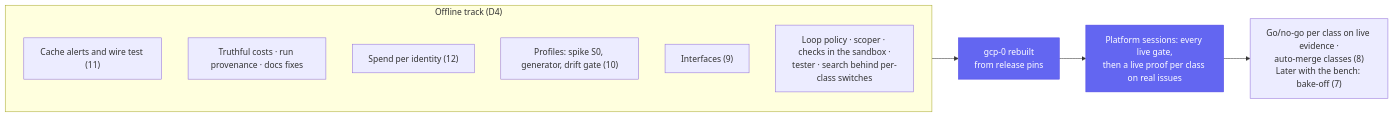
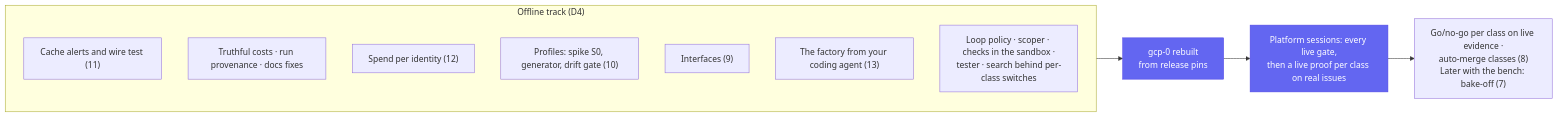
Before and after one commit to Smana/ai-native-ref: the second of 2 diagrams in docs/superpowers/specs/2026-10-19-v3-roadmap-design.md, drawn with Mermaid. The commit also changed other lines of this file and 2 other files, not shown here.

First line of the commit message:
docs(v3): feature 13 on the roadmap, owner decision D7

````diff
--- a/docs/superpowers/specs/2026-10-19-v3-roadmap-design.md
+++ b/docs/superpowers/specs/2026-10-19-v3-roadmap-design.md
@@ -104,17 +112,18 @@
 ```mermaid
 flowchart LR
   subgraph off["Offline track (D4)"]
     direction TB
     o1["Cache alerts and wire test (11)"]
     o2["Truthful costs · run provenance · docs fixes"]
     o3["Spend per identity (12)"]
     o4["Profiles: spike S0, generator, drift gate (10)"]
     o5["Interfaces (9)"]
+    o7["The factory from your coding agent (13)"]
     o6["Loop policy · scoper · checks in the sandbox ·<br/>tester · search behind per-class switches"]
   end
   off --> gcp["gcp-0 rebuilt<br/>from release pins"]
   gcp --> live["Platform sessions: every live gate,<br/>then a live proof per class on real issues"]
   live --> gated["Go/no-go per class on live evidence ·<br/>auto-merge classes (8)<br/>Later with the bench: bake-off (7)"]
   classDef base fill:#6366f1,stroke:#4f46e5,color:#fff
   class gcp,live base
 ```
````
